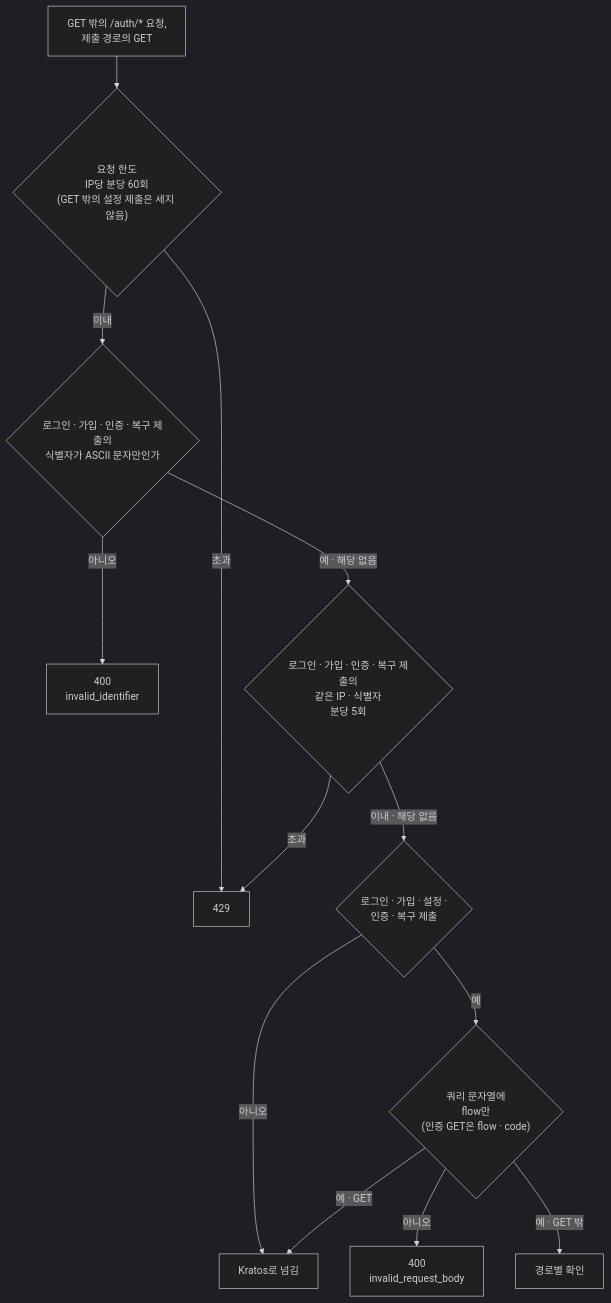
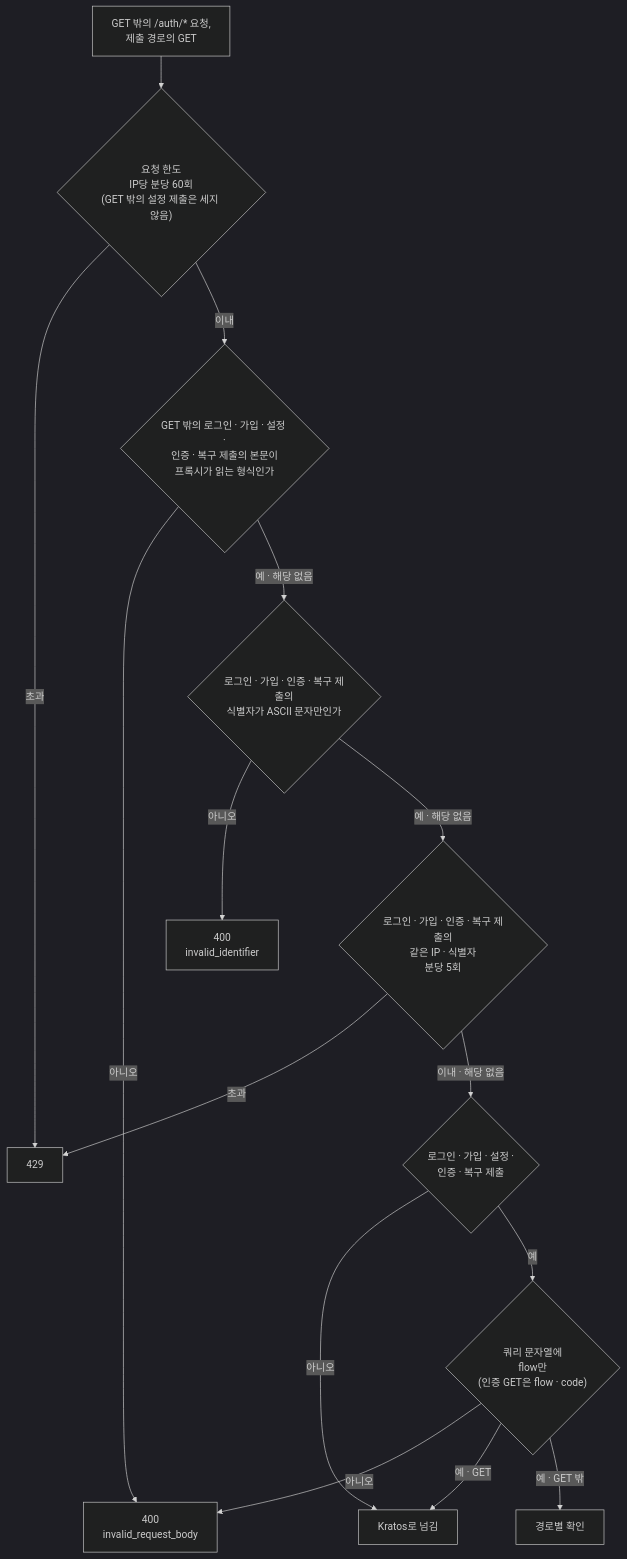
The first of 3 diagrams in docs/guides/auth-proxy.ko.md (onprem-hipster-timer/backend), drawn with Mermaid (dark theme) before and after one commit. The commit also changed other lines of this file and 5 other files, not shown here.

````diff
--- a/docs/guides/auth-proxy.ko.md
+++ b/docs/guides/auth-proxy.ko.md
@@ -30,15 +30,17 @@
 ```mermaid
 flowchart TD
     A["GET 밖의 /auth/* 요청,<br/>제출 경로의 GET"] --> RL{"요청 한도<br/>IP당 분당 60회<br/>(GET 밖의 설정 제출은 세지 않음)"}
     RL -->|"초과"| R429["429"]
-    RL -->|"이내"| AS{"로그인 · 가입 · 인증 · 복구 제출의<br/>식별자가 ASCII 문자만인가"}
+    RL -->|"이내"| BF{"GET 밖의 로그인 · 가입 · 설정 ·<br/>인증 · 복구 제출의 본문이<br/>프록시가 읽는 형식인가"}
+    BF -->|"아니오"| R400["400<br/>invalid_request_body"]
+    BF -->|"예 · 해당 없음"| AS{"로그인 · 가입 · 인증 · 복구 제출의<br/>식별자가 ASCII 문자만인가"}
     AS -->|"아니오"| R400I["400<br/>invalid_identifier"]
     AS -->|"예 · 해당 없음"| RI{"로그인 · 가입 · 인증 · 복구 제출의<br/>같은 IP · 식별자<br/>분당 5회"}
     RI -->|"초과"| R429
     RI -->|"이내 · 해당 없음"| Q{"로그인 · 가입 · 설정 ·<br/>인증 · 복구 제출"}
     Q -->|"아니오"| FWD["Kratos로 넘김"]
     Q -->|"예"| QS{"쿼리 문자열에<br/>flow만<br/>(인증 GET은 flow · code)"}
     QS -->|"아니오"| R400["400<br/>invalid_request_body"]
     QS -->|"예 · GET"| FWD
     QS -->|"예 · GET 밖"| NEXT["경로별 확인"]
 ```
````
